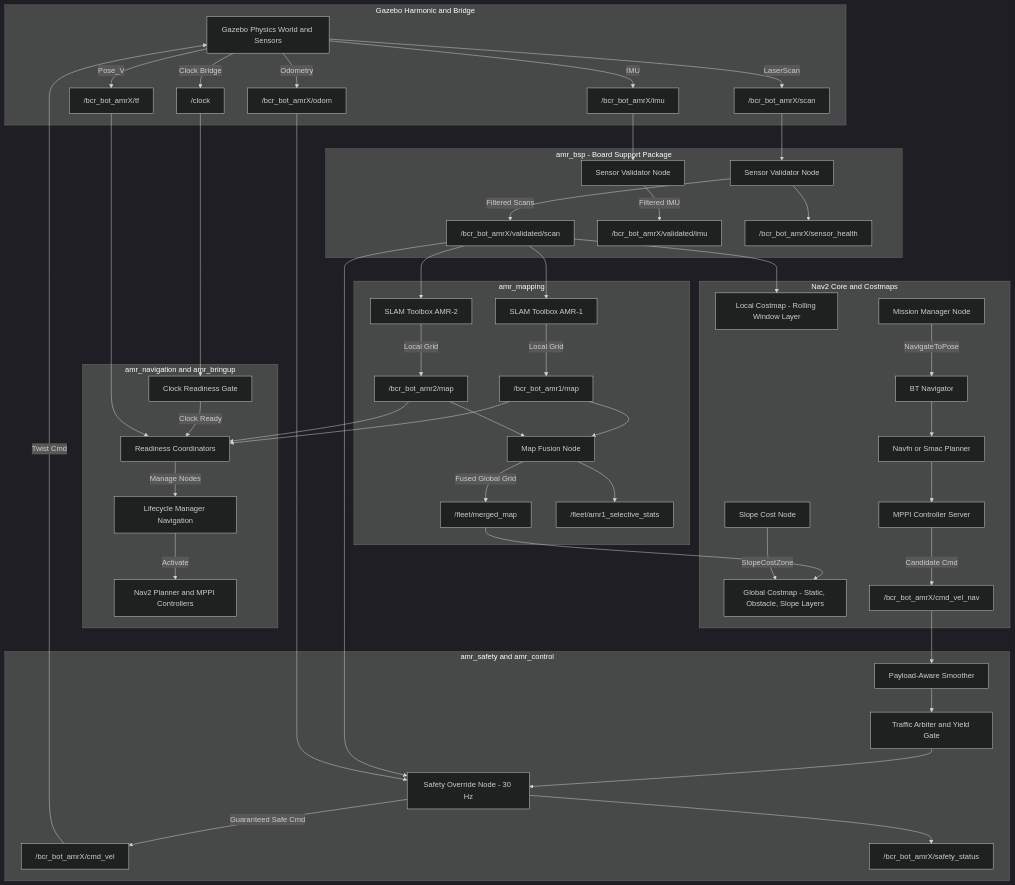
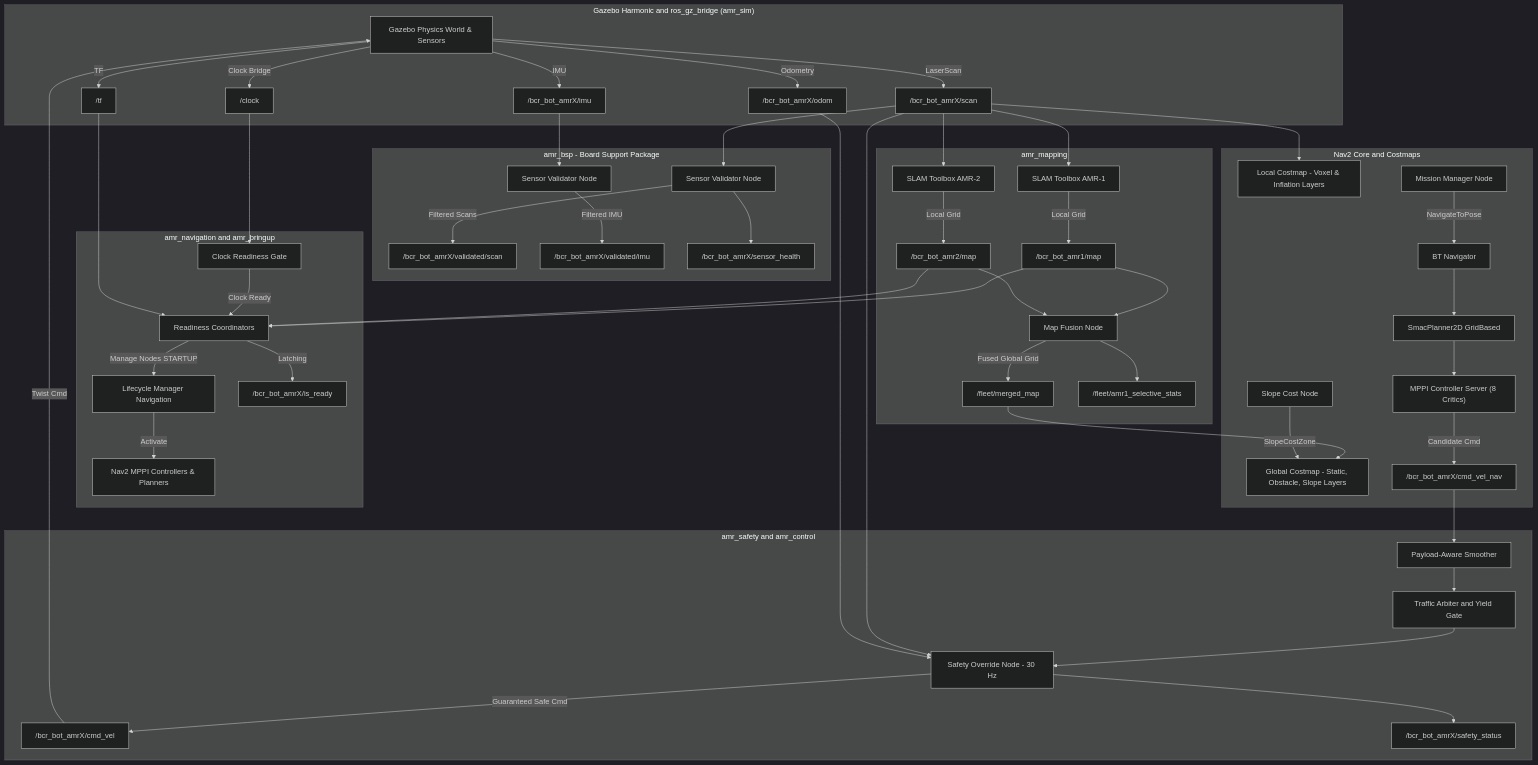
One commit to kalesha681/multi-robot-nav2-fleet changed the diagram in docs/README.md. Above: the diagram before and after it, drawn with Mermaid (dark theme). The commit also changed other lines of this file and 1 other file, not shown here.

Commit message:
docs: update system architecture and coordination guide in docs/README.md

````diff
--- a/docs/README.md
+++ b/docs/README.md
@@ -48,59 +48,60 @@
 ```mermaid
 flowchart TD
-    subgraph Sim ["Gazebo Harmonic and Bridge"]
-        GZ["Gazebo Physics World and Sensors"] -->|Clock Bridge| CLOCK["/clock"]
+    subgraph Sim ["Gazebo Harmonic and ros_gz_bridge (amr_sim)"]
+        GZ["Gazebo Physics World & Sensors"] -->|Clock Bridge| CLOCK["/clock"]
         GZ -->|LaserScan| BR_SCAN["/bcr_bot_amrX/scan"]
         GZ -->|IMU| BR_IMU["/bcr_bot_amrX/imu"]
         GZ -->|Odometry| BR_ODOM["/bcr_bot_amrX/odom"]
-        GZ -->|Pose_V| BR_TF["/bcr_bot_amrX/tf"]
+        GZ -->|TF| BR_TF["/tf"]
     end
 
     subgraph BSP ["amr_bsp - Board Support Package"]
         BR_SCAN --> VAL_LIDAR["Sensor Validator Node"]
         BR_IMU --> VAL_IMU["Sensor Validator Node"]
         VAL_LIDAR -->|Filtered Scans| V_SCAN["/bcr_bot_amrX/validated/scan"]
         VAL_IMU -->|Filtered IMU| V_IMU["/bcr_bot_amrX/validated/imu"]
         VAL_LIDAR --> DIAG["/bcr_bot_amrX/sensor_health"]
     end
 
     subgraph Mapping ["amr_mapping"]
-        V_SCAN --> SLAM1["SLAM Toolbox AMR-1"]
-        V_SCAN --> SLAM2["SLAM Toolbox AMR-2"]
+        BR_SCAN --> SLAM1["SLAM Toolbox AMR-1"]
+        BR_SCAN --> SLAM2["SLAM Toolbox AMR-2"]
         SLAM1 -->|Local Grid| MAP1["/bcr_bot_amr1/map"]
         SLAM2 -->|Local Grid| MAP2["/bcr_bot_amr2/map"]
         MAP1 & MAP2 --> FUSION["Map Fusion Node"]
         FUSION -->|Fused Global Grid| MERGED["/fleet/merged_map"]
         FUSION --> STATS["/fleet/amr1_selective_stats"]
     end
 
     subgraph Orchestration ["amr_navigation and amr_bringup"]
         CLOCK --> GATE["Clock Readiness Gate"]
         GATE -->|Clock Ready| COORD["Readiness Coordinators"]
         MAP1 & MAP2 --> COORD
         BR_TF --> COORD
-        COORD -->|Manage Nodes| LCM["Lifecycle Manager Navigation"]
-        LCM -->|Activate| NAV2_STACK["Nav2 Planner and MPPI Controllers"]
+        COORD -->|Manage Nodes STARTUP| LCM["Lifecycle Manager Navigation"]
+        LCM -->|Activate| NAV2_STACK["Nav2 MPPI Controllers & Planners"]
+        COORD -->|Latching| READY["/bcr_bot_amrX/is_ready"]
     end
 
     subgraph Navigation ["Nav2 Core and Costmaps"]
         MERGED --> G_COSTMAP["Global Costmap - Static, Obstacle, Slope Layers"]
-        V_SCAN --> L_COSTMAP["Local Costmap - Rolling Window Layer"]
+        BR_SCAN --> L_COSTMAP["Local Costmap - Voxel & Inflation Layers"]
         SLOPE_NODE["Slope Cost Node"] -->|SlopeCostZone| G_COSTMAP
         MISSION["Mission Manager Node"] -->|NavigateToPose| BT_NAV["BT Navigator"]
-        BT_NAV --> PLANNER["Navfn or Smac Planner"]
-        PLANNER --> MPPI["MPPI Controller Server"]
+        BT_NAV --> PLANNER["SmacPlanner2D GridBased"]
+        PLANNER --> MPPI["MPPI Controller Server (8 Critics)"]
         MPPI -->|Candidate Cmd| RAW_CMD["/bcr_bot_amrX/cmd_vel_nav"]
     end
 
     subgraph Safety ["amr_safety and amr_control"]
         RAW_CMD --> SMOOTHER["Payload-Aware Smoother"]
         SMOOTHER --> TRAFFIC["Traffic Arbiter and Yield Gate"]
         TRAFFIC --> SAFETY["Safety Override Node - 30 Hz"]
-        V_SCAN --> SAFETY
+        BR_SCAN --> SAFETY
         BR_ODOM --> SAFETY
         SAFETY -->|Guaranteed Safe Cmd| FINAL_CMD["/bcr_bot_amrX/cmd_vel"]
         SAFETY --> S_STAT["/bcr_bot_amrX/safety_status"]
     end
 
     FINAL_CMD -->|Twist Cmd| GZ
 ```
````
